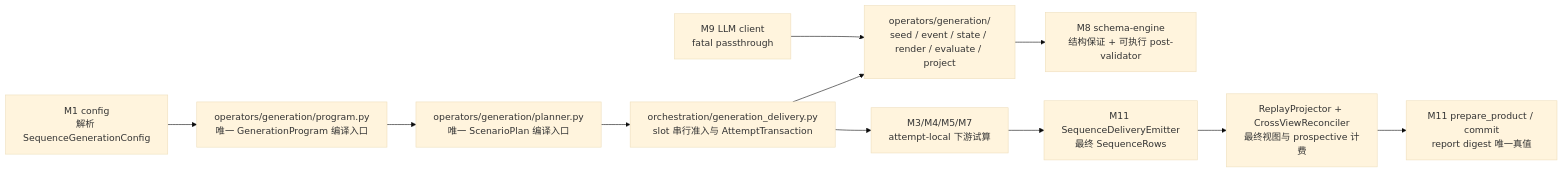
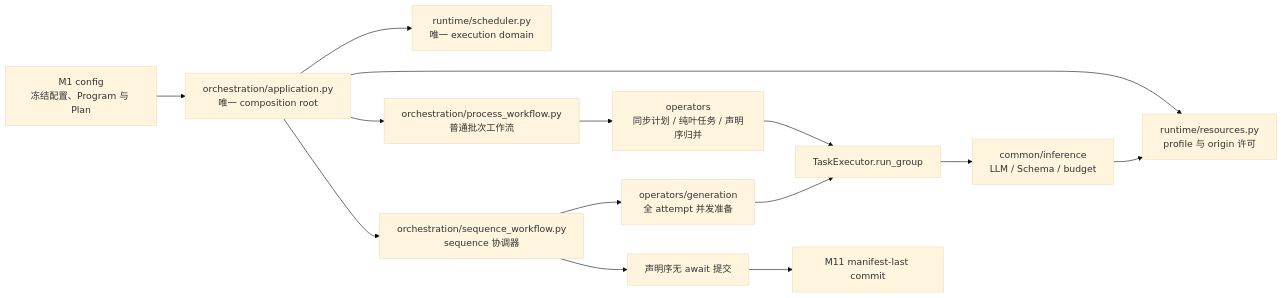
One commit to HoldThatThgt/LabelKit changed the diagram in spec/30-ch3-modules-intro.md. Above: the diagram before and after it, drawn with Mermaid (base theme). The commit also changed other lines of this file and 139 other files, not shown here.

Commit message:
feat: add unified execution runtime

````diff
--- a/spec/30-ch3-modules-intro.md
+++ b/spec/30-ch3-modules-intro.md
@@ -9,13 +13,16 @@
 ```mermaid
 flowchart LR
-    M1["M1 config<br/>解析 SequenceGenerationConfig"] --> GC["operators/generation/program.py<br/>唯一 GenerationProgram 编译入口"]
-    GC --> P["operators/generation/planner.py<br/>唯一 ScenarioPlan 编译入口"]
-    P --> D["orchestration/generation_delivery.py<br/>slot 串行准入与 AttemptTransaction"]
-    D --> G["operators/generation/<br/>seed / event / state / render / evaluate / project"]
-    G --> M8["M8 schema-engine<br/>结构保证 + 可执行 post-validator"]
-    D --> DS["M3/M4/M5/M7<br/>attempt-local 下游试算"]
-    DS --> E["M11 SequenceDeliveryEmitter<br/>最终 SequenceRows"]
-    E --> R["ReplayProjector + CrossViewReconciler<br/>最终视图与 prospective 计费"]
-    R --> C["M11 prepare_product / commit<br/>report digest 唯一真值"]
-    M9["M9 LLM client<br/>fatal passthrough"] --> G
+    M1["M1 config<br/>冻结配置、Program 与 Plan"] --> APP["orchestration/application.py<br/>唯一 composition root"]
+    APP --> RT["runtime/scheduler.py<br/>唯一 execution domain"]
+    APP --> RM["runtime/resources.py<br/>profile 与 origin 许可"]
+    APP --> PW["orchestration/process_workflow.py<br/>普通批次工作流"]
+    APP --> SW["orchestration/sequence_workflow.py<br/>sequence 协调器"]
+    PW --> OPS["operators<br/>同步计划 / 纯叶任务 / 声明序归并"]
+    SW --> GEN["operators/generation<br/>全 attempt 并发准备"]
+    OPS --> TE["TaskExecutor.run_group"]
+    GEN --> TE
+    TE --> INF["common/inference<br/>LLM / Schema / budget"]
+    INF --> RM
+    SW --> COMMIT["声明序无 await 提交"]
+    COMMIT --> M11["M11 manifest-last commit"]
 ```
````
